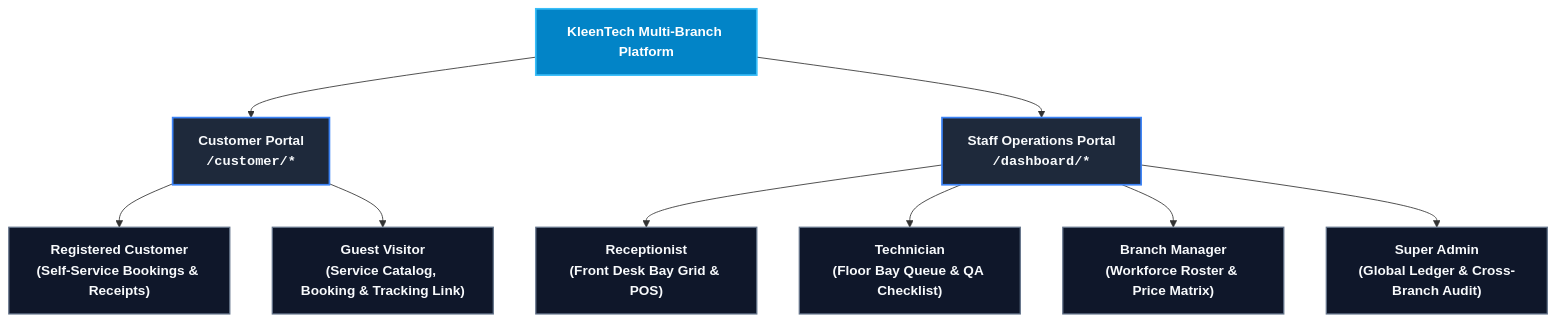
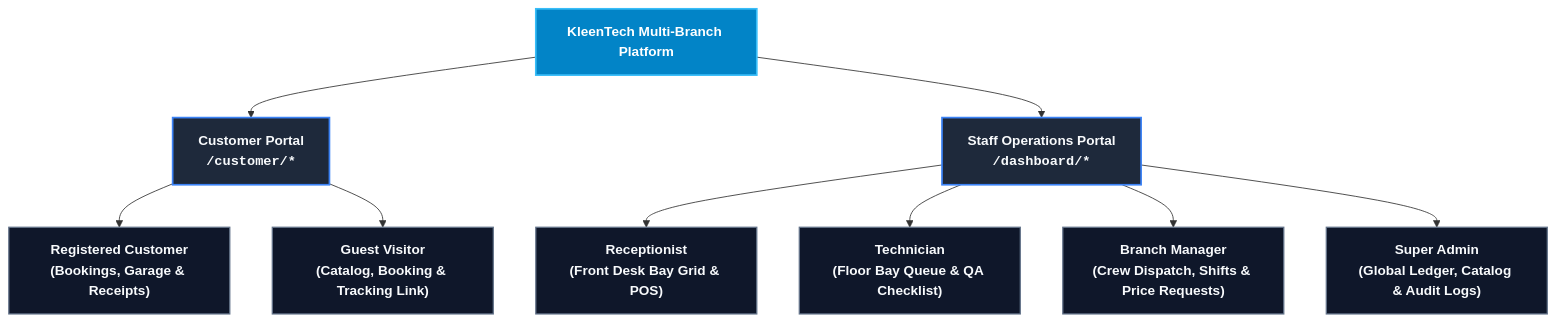
The diagram in README.md (donaldobeso/Kleentech-Auto-Detailing-Multi-Branch-Operations), drawn with Mermaid before and after one commit. The commit also changed other lines of this file and 1 other file, not shown here.

````diff
--- a/README.md
+++ b/README.md
@@ -109,19 +112,19 @@
 ```mermaid
 graph TD
     classDef portal fill:#1e293b,stroke:#3b82f6,stroke-width:2px,color:#f8fafc;
     classDef role fill:#0f172a,stroke:#64748b,stroke-width:1.5px,color:#f8fafc;
     classDef root fill:#0284c7,stroke:#38bdf8,stroke-width:2px,color:#ffffff,font-weight:bold;
 
     Root["KleenTech Multi-Branch Platform"]:::root
 
     Root --> CustPortal["Customer Portal<br/><code>/customer/*</code>"]:::portal
     Root --> StaffPortal["Staff Operations Portal<br/><code>/dashboard/*</code>"]:::portal
 
-    CustPortal --> RoleCust["Registered Customer<br/>(Self-Service Bookings & Receipts)"]:::role
-    CustPortal --> RoleGuest["Guest Visitor<br/>(Service Catalog, Booking & Tracking Link)"]:::role
+    CustPortal --> RoleCust["Registered Customer<br/>(Bookings, Garage & Receipts)"]:::role
+    CustPortal --> RoleGuest["Guest Visitor<br/>(Catalog, Booking & Tracking Link)"]:::role
 
     StaffPortal --> RoleRec["Receptionist<br/>(Front Desk Bay Grid & POS)"]:::role
     StaffPortal --> RoleTech["Technician<br/>(Floor Bay Queue & QA Checklist)"]:::role
-    StaffPortal --> RoleMgr["Branch Manager<br/>(Workforce Roster & Price Matrix)"]:::role
-    StaffPortal --> RoleAdmin["Super Admin<br/>(Global Ledger & Cross-Branch Audit)"]:::role
+    StaffPortal --> RoleMgr["Branch Manager<br/>(Crew Dispatch, Shifts & Price Requests)"]:::role
+    StaffPortal --> RoleAdmin["Super Admin<br/>(Global Ledger, Catalog & Audit Logs)"]:::role
 ```
````
